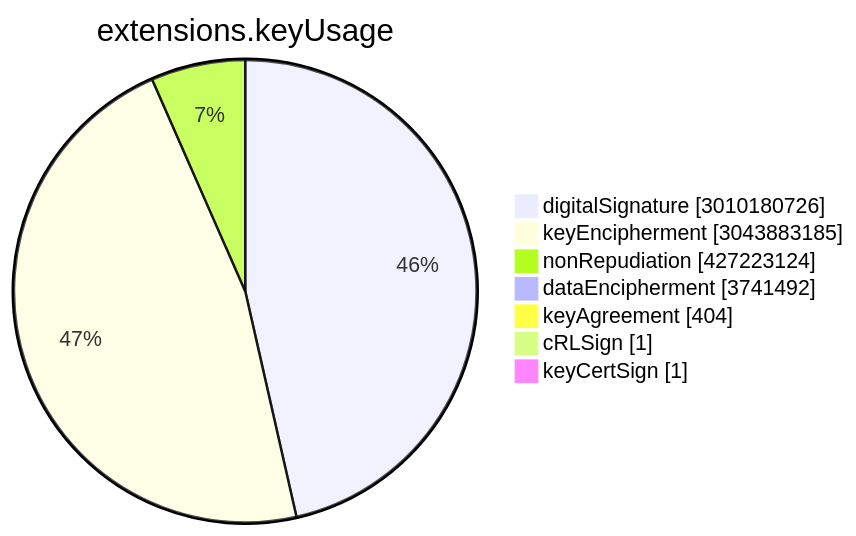
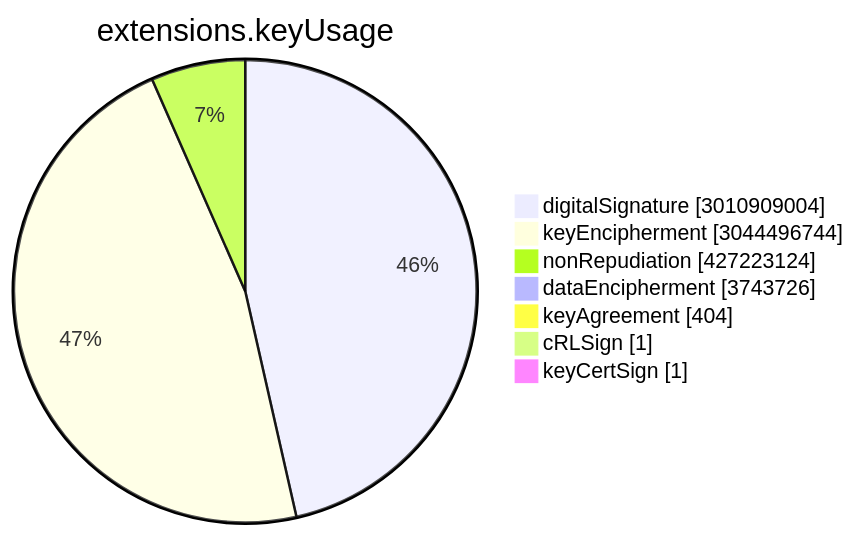
Before and after one commit to christiankrug/ctmonitor_visualization: the sixth of 15 diagrams in TOTAL/README.md, drawn with Mermaid. The commit also changed other lines of this file, not shown here.

````diff
--- a/TOTAL/README.md
+++ b/TOTAL/README.md
@@ -3076,11 +3076,11 @@
 ```mermaid
 pie showData
 title extensions.keyUsage
-"digitalSignature" :3010180726
-"keyEncipherment" :3043883185
+"digitalSignature" :3010909004
+"keyEncipherment" :3044496744
 "nonRepudiation" :427223124
-"dataEncipherment" :3741492
+"dataEncipherment" :3743726
 "keyAgreement" :404
 "cRLSign" :1
 "keyCertSign" :1
 ```
````
